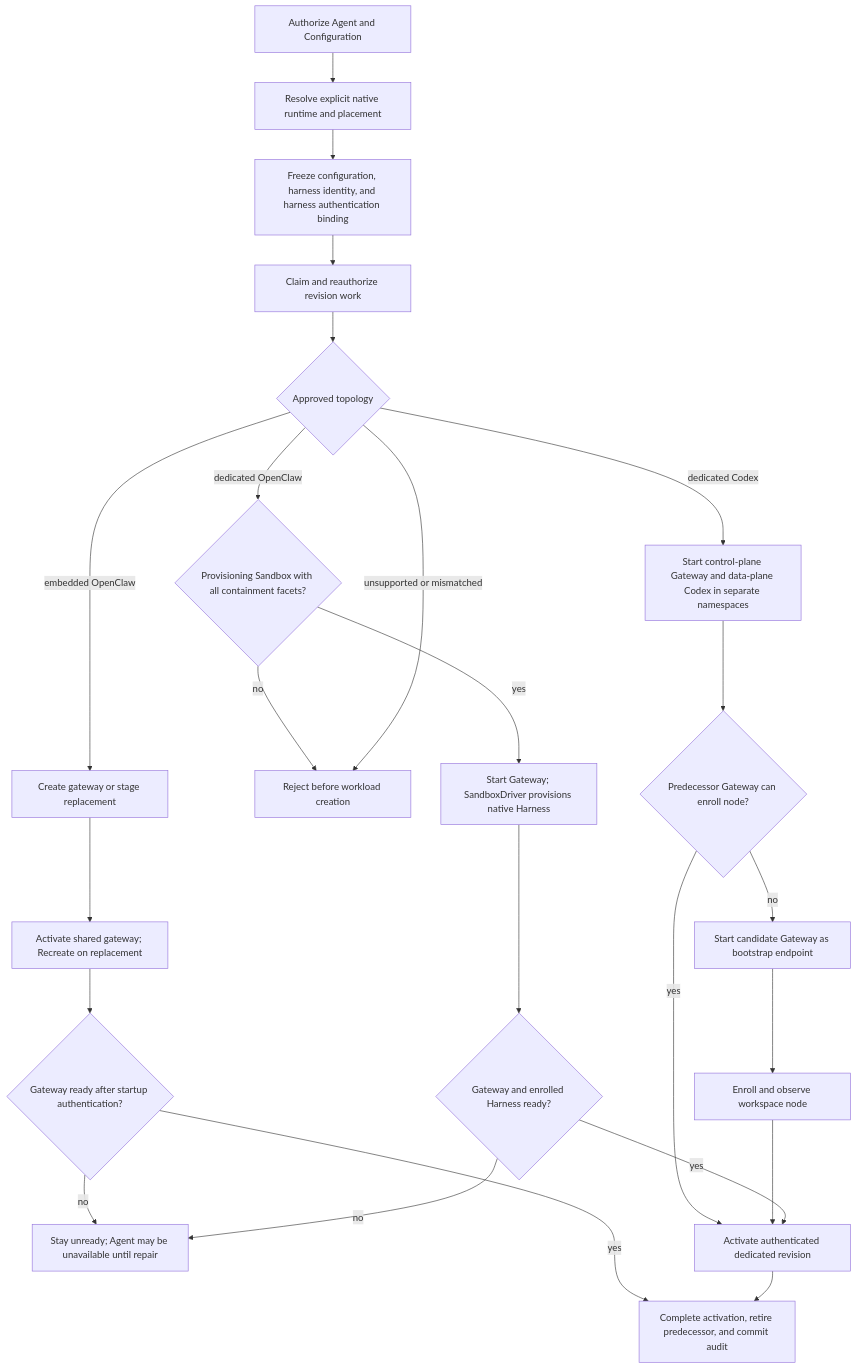
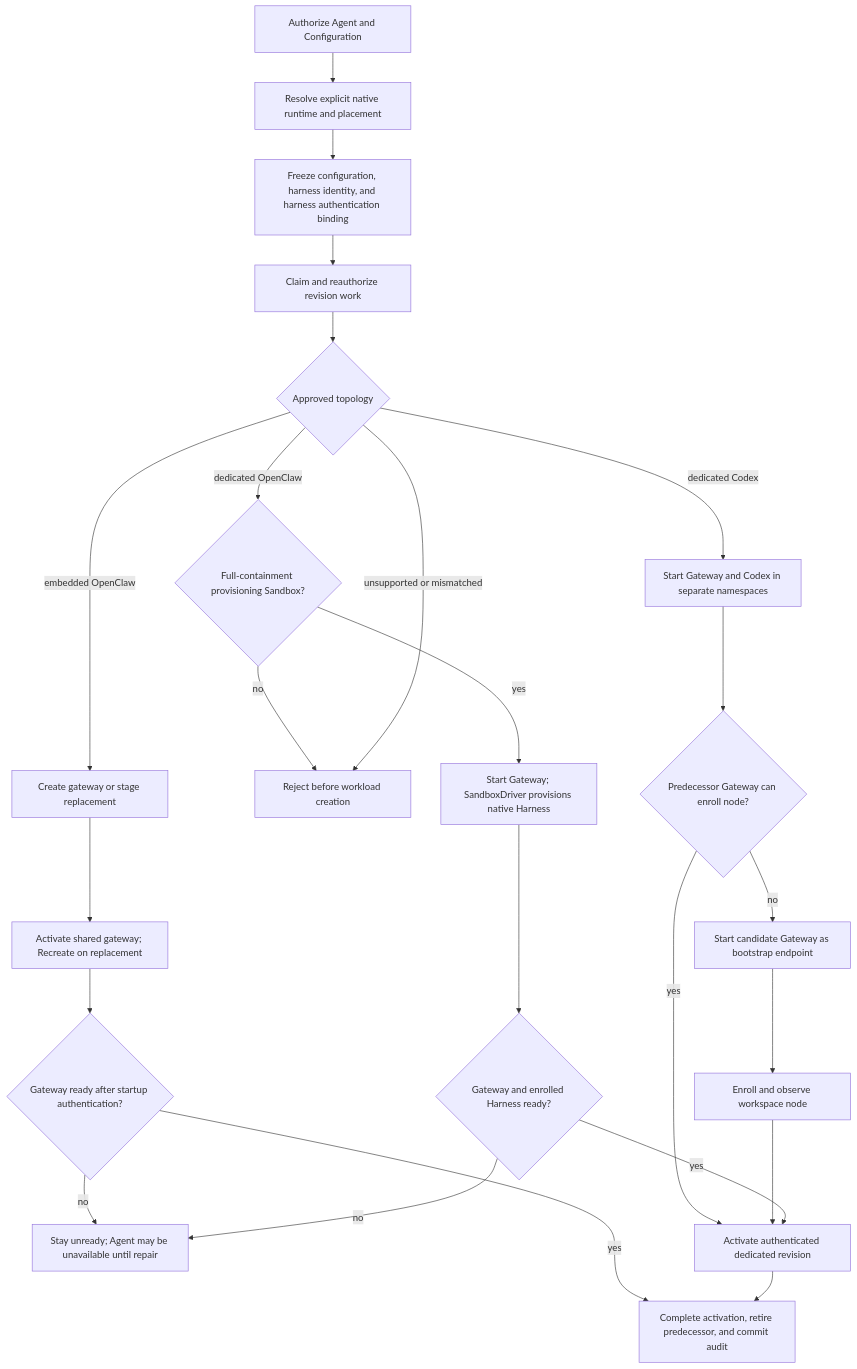
Before and after one commit to IsaiahStapleton/openclaw-enterprise: the diagram in docs/flows/harness-execution-topology.md, drawn with Mermaid. The commit also changed other lines of this file, not shown here.

First line of the commit message:
Keep the Harness execution topology flow within the docs length limit

````diff
--- a/docs/flows/harness-execution-topology.md
+++ b/docs/flows/harness-execution-topology.md
@@ -28,26 +28,26 @@
 ```mermaid
 graph TD
   A["Authorize Agent and Configuration"] --> B["Resolve explicit native runtime and placement"]
   B --> C["Freeze configuration, harness identity, and harness authentication binding"]
   C --> D["Claim and reauthorize revision work"]
   D --> E{"Approved topology"}
   E -->|embedded OpenClaw| F["Create gateway or stage replacement"]
-  E -->|dedicated Codex| G["Start control-plane Gateway and data-plane Codex in separate namespaces"]
-  E -->|dedicated OpenClaw| Q{"Provisioning Sandbox with all containment facets?"}
+  E -->|dedicated Codex| G["Start Gateway and Codex in separate namespaces"]
+  E -->|dedicated OpenClaw| Q{"Full-containment provisioning Sandbox?"}
   Q -->|no| H
   Q -->|yes| R["Start Gateway; SandboxDriver provisions native Harness"]
   E -->|unsupported or mismatched| H["Reject before workload creation"]
   F --> I["Activate shared gateway; Recreate on replacement"]
   I --> K{"Gateway ready after startup authentication?"}
   K -->|no| L["Stay unready; Agent may be unavailable until repair"]
   K -->|yes| J["Complete activation, retire predecessor, and commit audit"]
   G --> N{"Predecessor Gateway can enroll node?"}
   N -->|yes| M["Activate authenticated dedicated revision"]
   N -->|no| O["Start candidate Gateway as bootstrap endpoint"]
   O --> P["Enroll and observe workspace node"]
   P --> M
   R --> S{"Gateway and enrolled Harness ready?"}
   S -->|no| L
   S -->|yes| M
   M --> J
 ```
````
